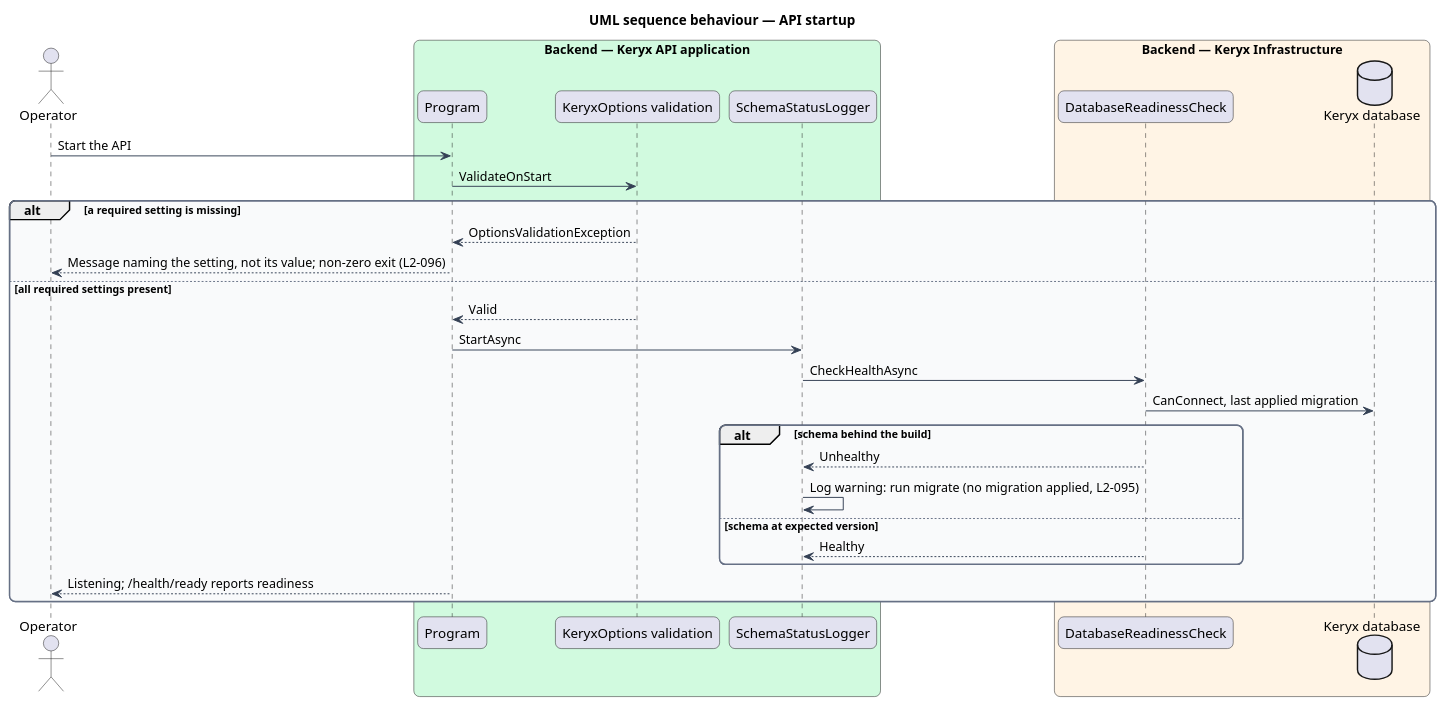
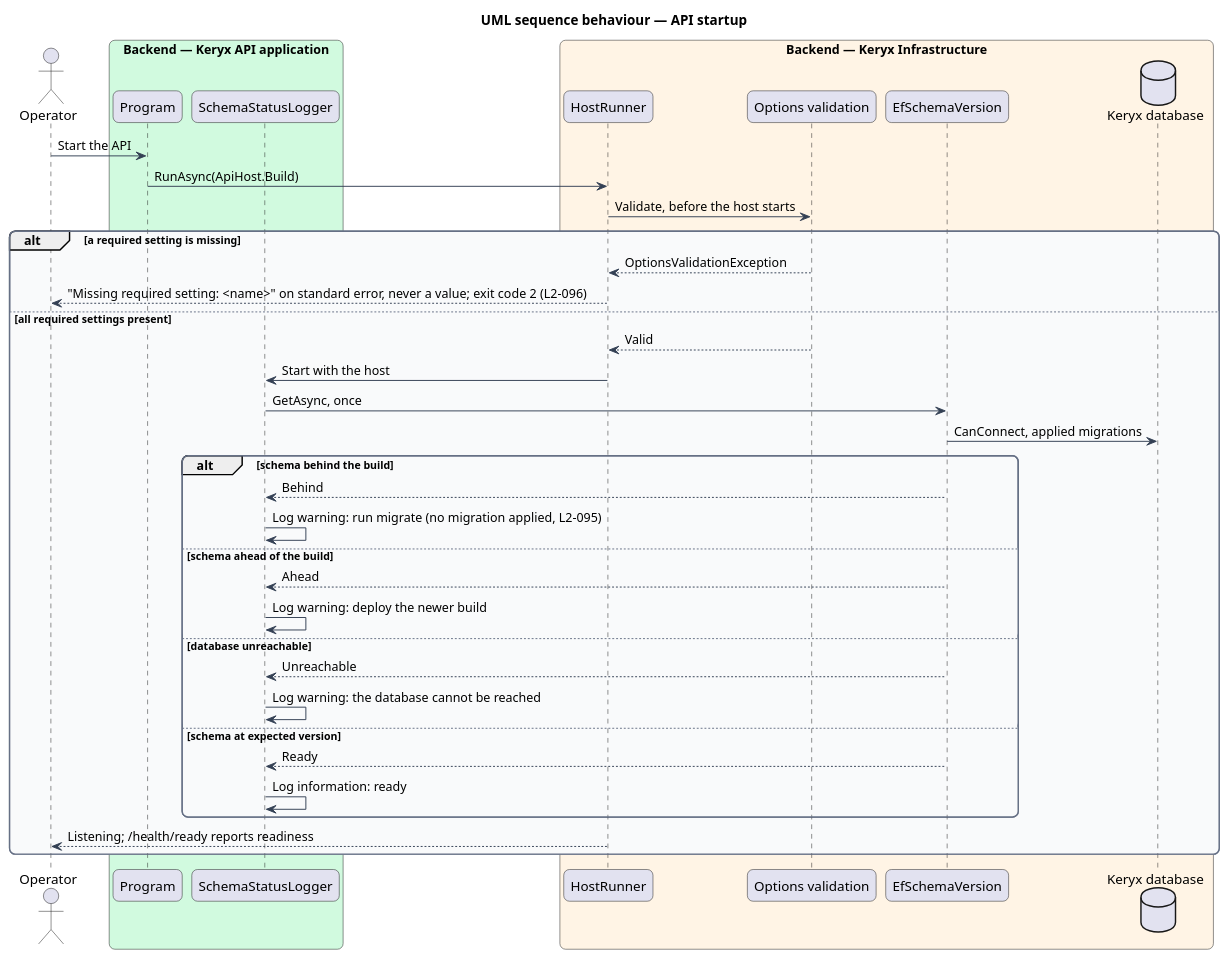
The diagram in docs/detailed-designs/operations/health-migrations-and-configuration/diagrams/sequence-api-startup.puml (QuinntyneBrown/keryx), drawn with PlantUML before and after one commit. The commit also changed 17 other files, not shown here.

```diff
--- a/docs/detailed-designs/operations/health-migrations-and-configuration/diagrams/sequence-api-startup.puml
+++ b/docs/detailed-designs/operations/health-migrations-and-configuration/diagrams/sequence-api-startup.puml
@@ -1,45 +1,54 @@
 @startuml
 title UML sequence behaviour — API startup
 skinparam backgroundColor #FFFFFF
 skinparam shadowing false
 skinparam roundcorner 12
 skinparam defaultFontName Arial
 skinparam ArrowColor #344054
 skinparam rectangle {
   BorderColor #344054
   FontColor #101828
 }
 skinparam package {
   BorderColor #667085
   FontColor #101828
   BackgroundColor #F9FAFB
 }
 actor "Operator" as op
 box "Backend — Keryx API application" #D1FADF
   participant "Program" as prog
-  participant "KeryxOptions validation" as opts
   participant "SchemaStatusLogger" as logger
 end box
 box "Backend — Keryx Infrastructure" #FFF4E5
-  participant "DatabaseReadinessCheck" as check
+  participant "HostRunner" as runner
+  participant "Options validation" as opts
+  participant "EfSchemaVersion" as schema
   database "Keryx database" as db
 end box
 op -> prog : Start the API
-prog -> opts : ValidateOnStart
+prog -> runner : RunAsync(ApiHost.Build)
+runner -> opts : Validate, before the host starts
 alt a required setting is missing
-  opts --> prog : OptionsValidationException
-  prog --> op : Message naming the setting, not its value; non-zero exit (L2-096)
+  opts --> runner : OptionsValidationException
+  runner --> op : "Missing required setting: <name>" on standard error, never a value; exit code 2 (L2-096)
 else all required settings present
-  opts --> prog : Valid
-  prog -> logger : StartAsync
-  logger -> check : CheckHealthAsync
-  check -> db : CanConnect, last applied migration
+  opts --> runner : Valid
+  runner -> logger : Start with the host
+  logger -> schema : GetAsync, once
+  schema -> db : CanConnect, applied migrations
   alt schema behind the build
-    check --> logger : Unhealthy
+    schema --> logger : Behind
     logger -> logger : Log warning: run migrate (no migration applied, L2-095)
+  else schema ahead of the build
+    schema --> logger : Ahead
+    logger -> logger : Log warning: deploy the newer build
+  else database unreachable
+    schema --> logger : Unreachable
+    logger -> logger : Log warning: the database cannot be reached
   else schema at expected version
-    check --> logger : Healthy
+    schema --> logger : Ready
+    logger -> logger : Log information: ready
   end
-  prog --> op : Listening; /health/ready reports readiness
+  runner --> op : Listening; /health/ready reports readiness
 end
 @enduml
```
